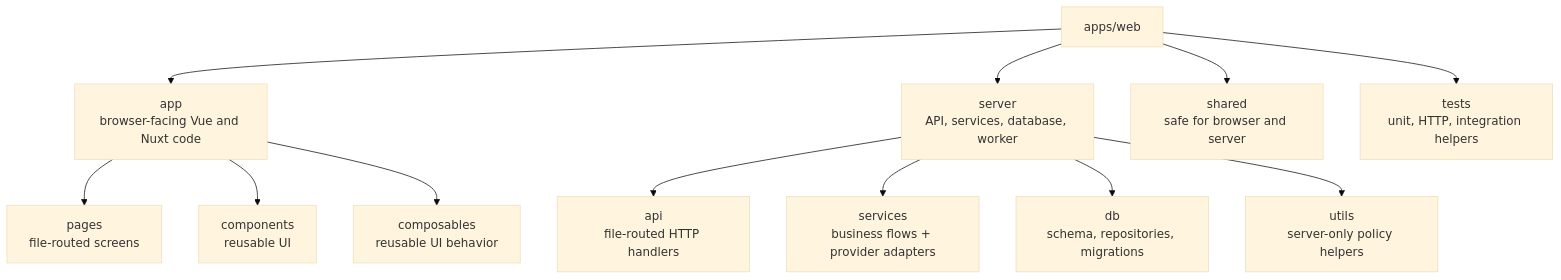
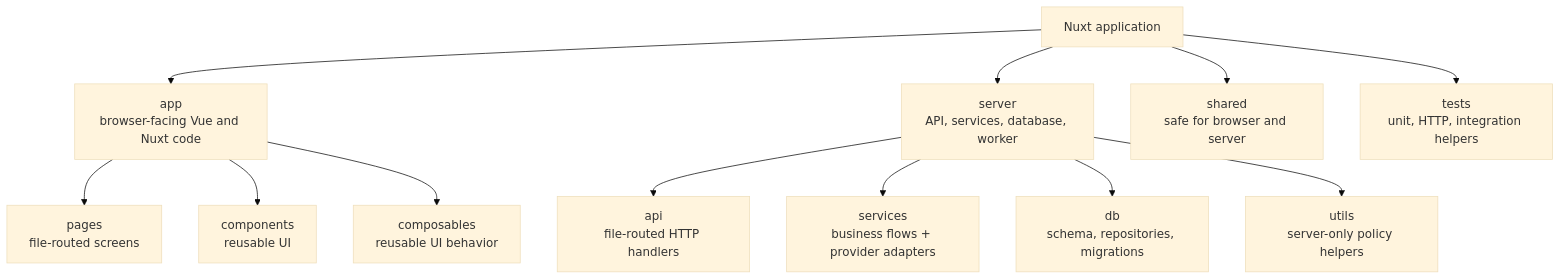
One commit to Working-Class-Unity/Working-Class-Unity changed the fourth of 55 diagrams in docs/visual-tour-junior.md. Above: the diagram before and after it, drawn with Mermaid (base theme). The commit also changed other lines of this file and 340 other files, not shown here.

````diff
--- a/docs/visual-tour-junior.md
+++ b/docs/visual-tour-junior.md
@@ -94,16 +94,16 @@
 ```mermaid
 flowchart TD
-  Web["apps/web"] --> App["app<br/>browser-facing Vue and Nuxt code"]
+  Web["Nuxt application"] --> App["app<br/>browser-facing Vue and Nuxt code"]
   Web --> Server["server<br/>API, services, database, worker"]
   Web --> Shared["shared<br/>safe for browser and server"]
   Web --> Tests["tests<br/>unit, HTTP, integration helpers"]
 
   App --> Pages["pages<br/>file-routed screens"]
   App --> Components["components<br/>reusable UI"]
   App --> Composables["composables<br/>reusable UI behavior"]
 
   Server --> API["api<br/>file-routed HTTP handlers"]
   Server --> Services["services<br/>business flows + provider adapters"]
   Server --> DB["db<br/>schema, repositories, migrations"]
   Server --> Utils["utils<br/>server-only policy helpers"]
 ```
````
